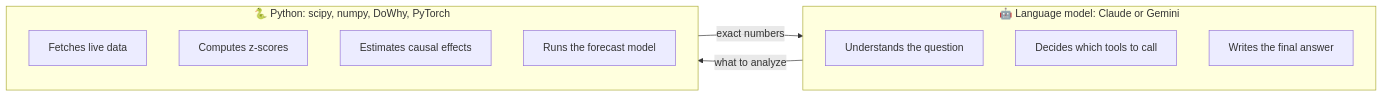
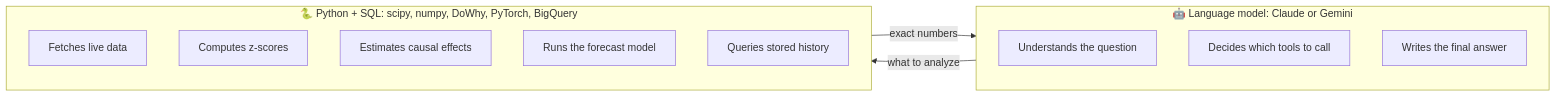
Before and after one commit to maahipatel05/ecosentinel: the first of 18 diagrams in README.md, drawn with Mermaid. The commit also changed other lines of this file and 11 other files, not shown here.

````diff
--- a/README.md
+++ b/README.md
@@ -83,20 +87,21 @@
 ```mermaid
 flowchart LR
     subgraph LLM["🤖 Language model: Claude or Gemini"]
         direction TB
         L1["Understands the question"]
         L2["Decides which tools to call"]
         L3["Writes the final answer"]
     end
 
-    subgraph PY["🐍 Python: scipy, numpy, DoWhy, PyTorch"]
+    subgraph PY["🐍 Python + SQL: scipy, numpy, DoWhy, PyTorch, BigQuery"]
         direction TB
         P1["Fetches live data"]
         P2["Computes z-scores"]
         P3["Estimates causal effects"]
         P4["Runs the forecast model"]
+        P5["Queries stored history"]
     end
 
     LLM -- "what to analyze" --> PY
     PY -- "exact numbers" --> LLM
 ```
````
